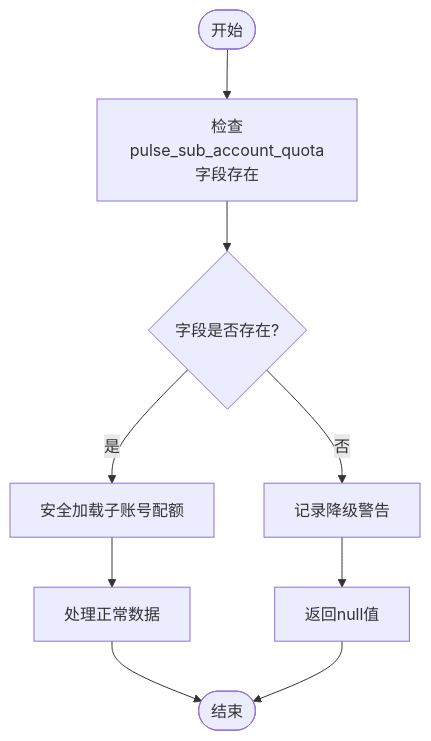
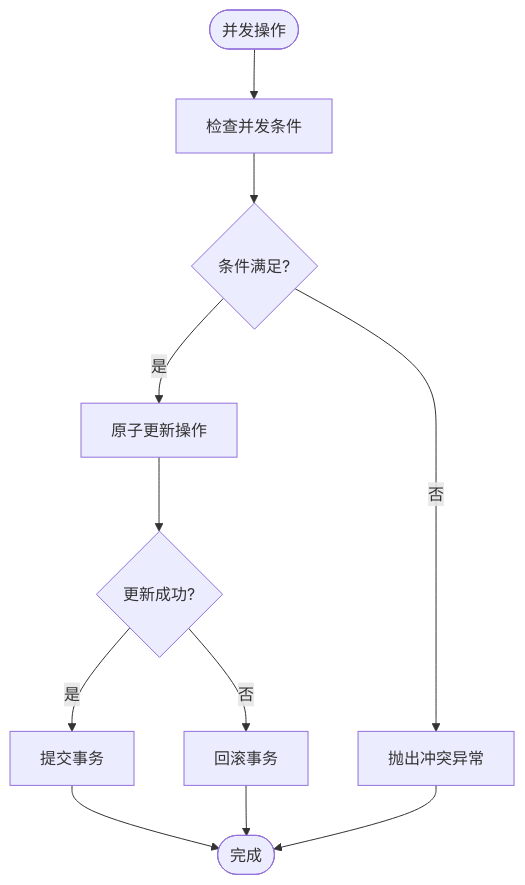
The tenth of 11 diagrams in .qoder/repowiki/zh/content/业务模块/会员管理模块/平台会员管理.md (rc558620/purelyprofit-server), drawn with Mermaid before and after one commit. The commit also changed other lines of this file and 8 other files, not shown here.

First line of the commit message:
feat(access-control): grant finance sub-account handover management access

````diff
--- a/.qoder/repowiki/zh/content/业务模块/会员管理模块/平台会员管理.md
+++ b/.qoder/repowiki/zh/content/业务模块/会员管理模块/平台会员管理.md
@@ -533,11 +542,13 @@
 ```mermaid
 flowchart TD
-Start(["开始"]) --> CheckSchema["检查pulse_sub_account_quota字段存在"]
-CheckSchema --> Exists{"字段是否存在?"}
-Exists --> |是| SafeLoad["安全加载子账号配额"]
-Exists --> |否| LogWarning["记录降级警告"]
-LogWarning --> ReturnNull["返回null值"]
-SafeLoad --> ProcessData["处理正常数据"]
-ProcessData --> End(["结束"])
-ReturnNull --> End
+Start(["并发操作"]) --> Check["检查并发条件"]
+Check --> Valid{"条件满足?"}
+Valid --> |是| AtomicUpdate["原子更新操作"]
+Valid --> |否| Conflict["抛出冲突异常"]
+AtomicUpdate --> Success{"更新成功?"}
+Success --> |是| Commit["提交事务"]
+Success --> |否| Rollback["回滚事务"]
+Commit --> End(["完成"])
+Rollback --> End
+Conflict --> End
 ```
````
